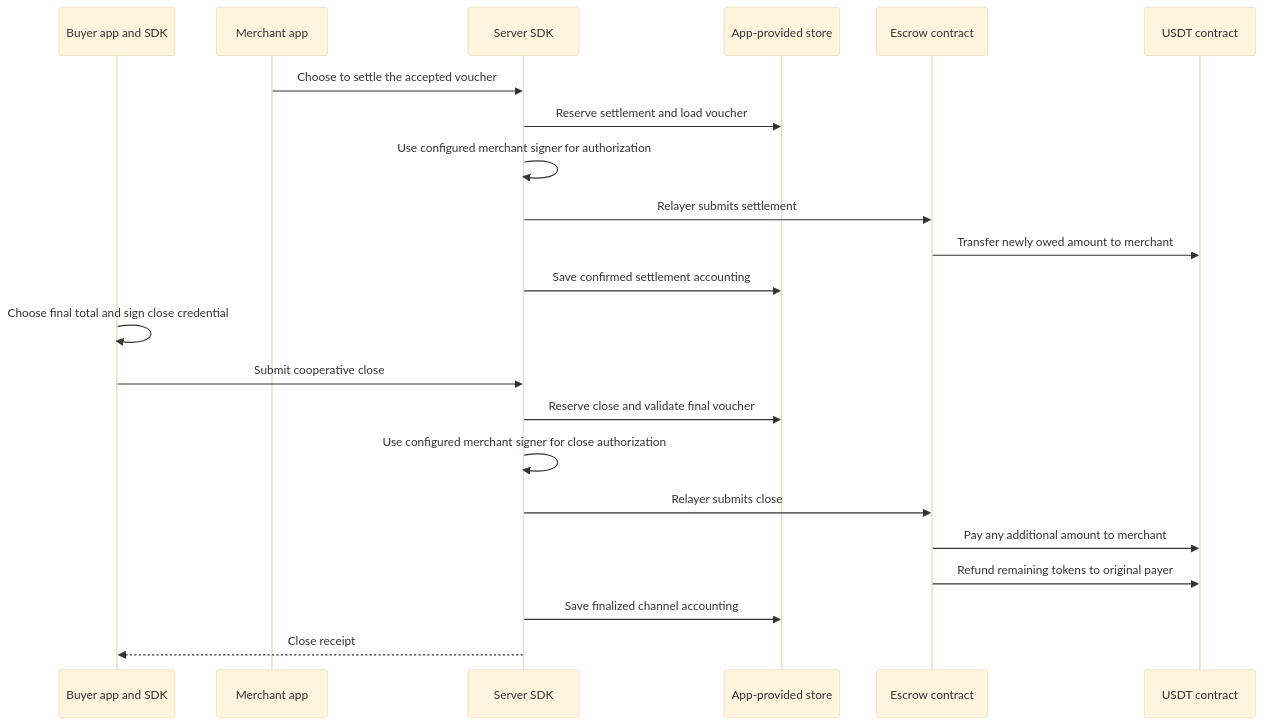
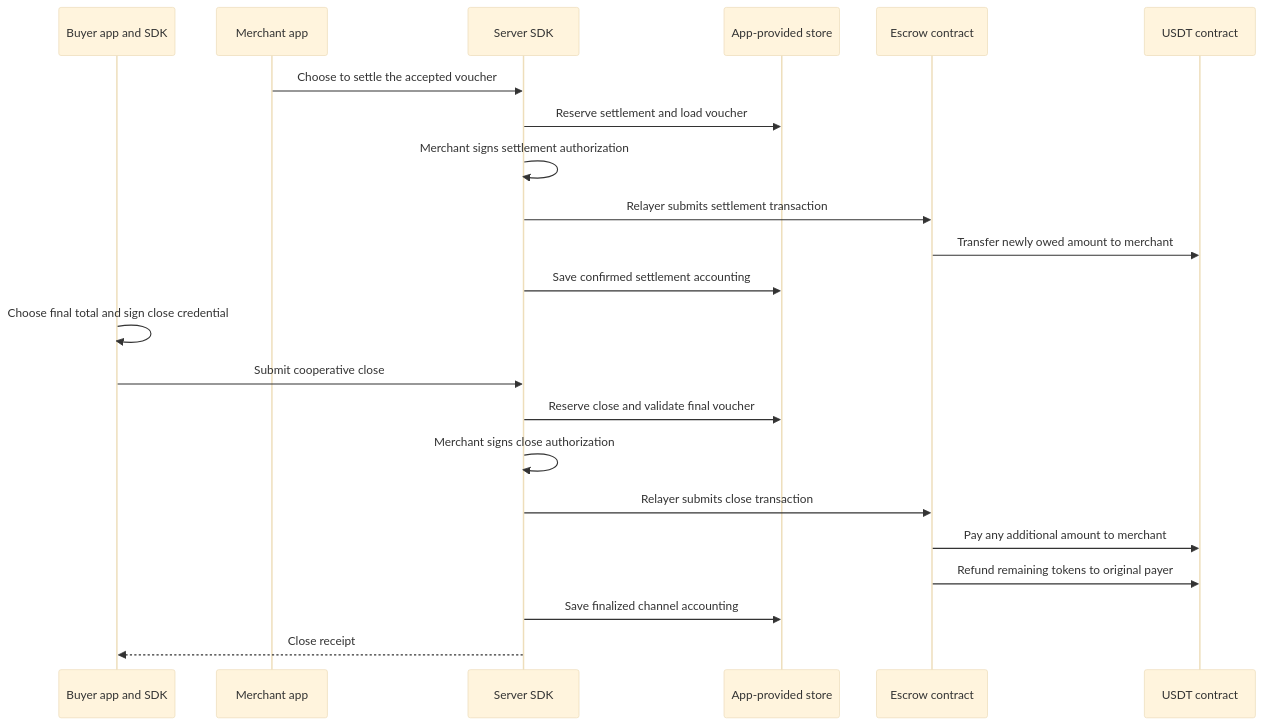
Before and after one commit to aziz1975/tron-mpp-sdk: the fourth of 4 diagrams in README.md, drawn with Mermaid (base theme). The commit also changed other lines of this file, not shown here.

````diff
--- a/README.md
+++ b/README.md
@@ -290,24 +291,24 @@
 ```mermaid
 sequenceDiagram
     participant Buyer as Buyer app and SDK
     participant Service as Merchant app
     participant Server as Server SDK
     participant Store as App-provided store
     participant Escrow as Escrow contract
     participant Token as USDT contract
     Service->>Server: Choose to settle the accepted voucher
     Server->>Store: Reserve settlement and load voucher
-    Server->>Server: Use configured merchant signer for authorization
-    Server->>Escrow: Relayer submits settlement
+    Server->>Server: Merchant signs settlement authorization
+    Server->>Escrow: Relayer submits settlement transaction
     Escrow->>Token: Transfer newly owed amount to merchant
     Server->>Store: Save confirmed settlement accounting
     Buyer->>Buyer: Choose final total and sign close credential
     Buyer->>Server: Submit cooperative close
     Server->>Store: Reserve close and validate final voucher
-    Server->>Server: Use configured merchant signer for close authorization
-    Server->>Escrow: Relayer submits close
+    Server->>Server: Merchant signs close authorization
+    Server->>Escrow: Relayer submits close transaction
     Escrow->>Token: Pay any additional amount to merchant
     Escrow->>Token: Refund remaining tokens to original payer
     Server->>Store: Save finalized channel accounting
     Server-->>Buyer: Close receipt
 ```
````
